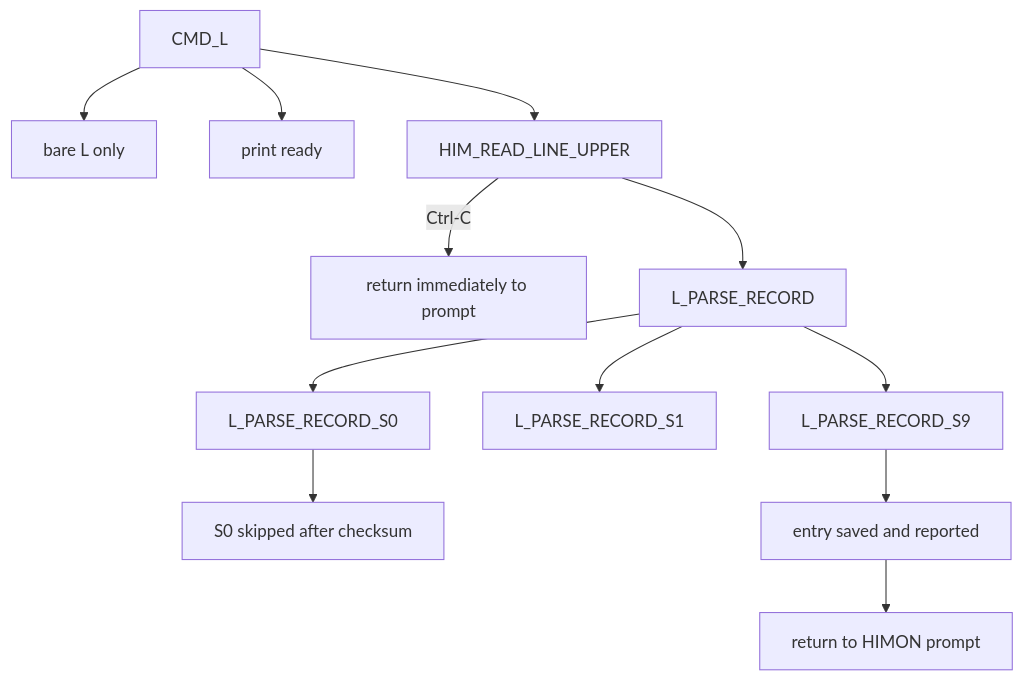
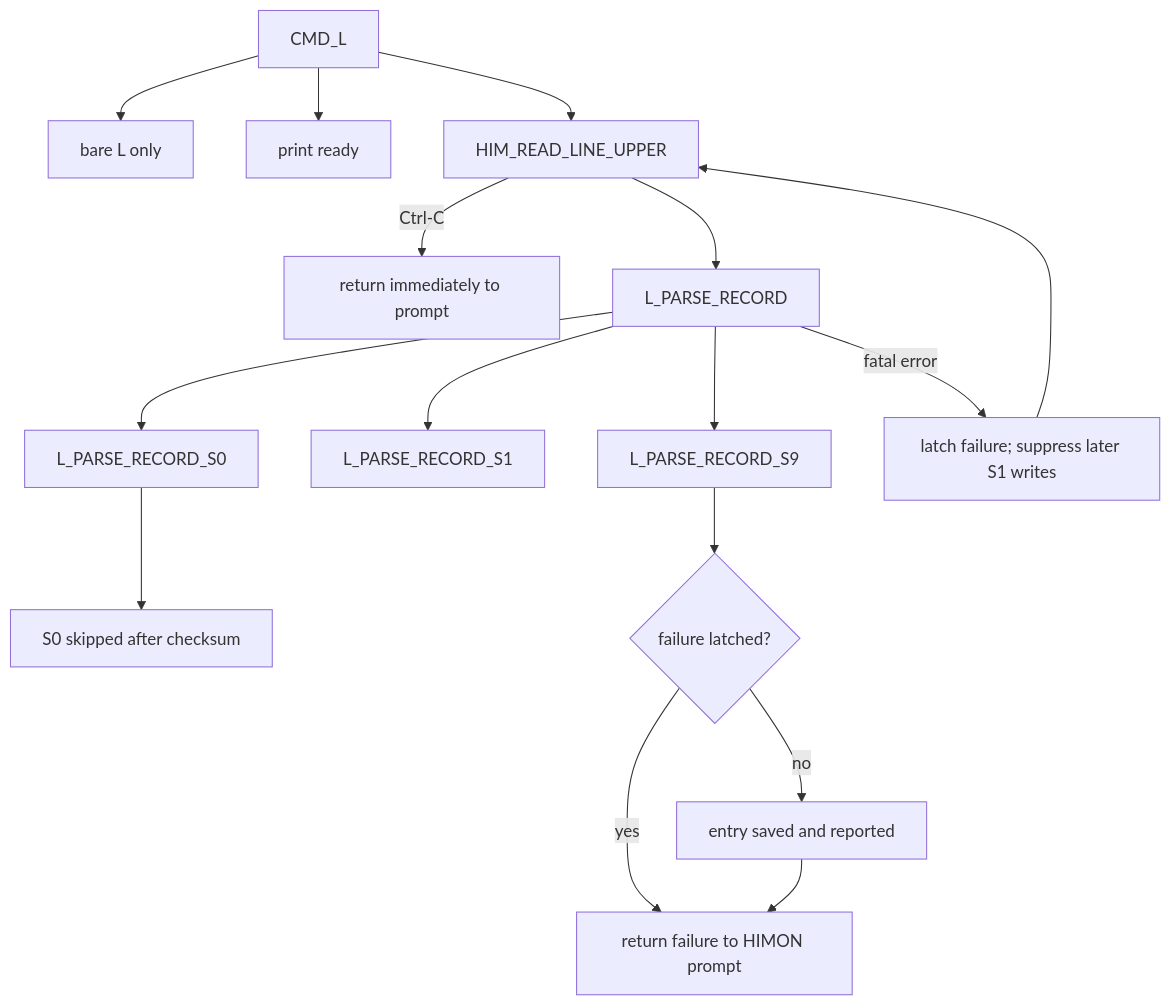
Before and after one commit to 95westus/R-YORS: diagram 11 of 19 in DOC/GUIDES/HIMON/HIMON_MAP.md, drawn with Mermaid. The commit also changed other lines of this file and 7 other files, not shown here.

````diff
--- a/DOC/GUIDES/HIMON/HIMON_MAP.md
+++ b/DOC/GUIDES/HIMON/HIMON_MAP.md
@@ -209,14 +209,18 @@
 ```mermaid
 flowchart TD
     L[CMD_L] --> ARGS[bare L only]
     L --> READY[print ready]
     L --> READ[HIM_READ_LINE_UPPER]
     READ -->|Ctrl-C| ABORT[return immediately to prompt]
     READ --> PARSE[L_PARSE_RECORD]
     PARSE --> S0[L_PARSE_RECORD_S0]
     PARSE --> S1[L_PARSE_RECORD_S1]
     PARSE --> S9[L_PARSE_RECORD_S9]
     S0 --> SKIP[S0 skipped after checksum]
-    S9 --> ENTRYSAVE[entry saved and reported]
-    ENTRYSAVE --> RETURN[return to HIMON prompt]
+    PARSE -->|fatal error| POISON[latch failure; suppress later S1 writes]
+    POISON --> READ
+    S9 --> END{failure latched?}
+    END -->|no| ENTRYSAVE[entry saved and reported]
+    END -->|yes| RETURN[return failure to HIMON prompt]
+    ENTRYSAVE --> RETURN
 ```
````
